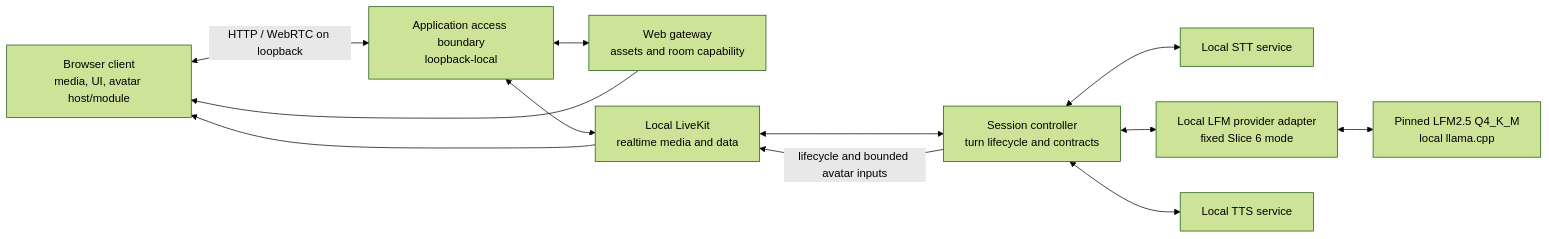
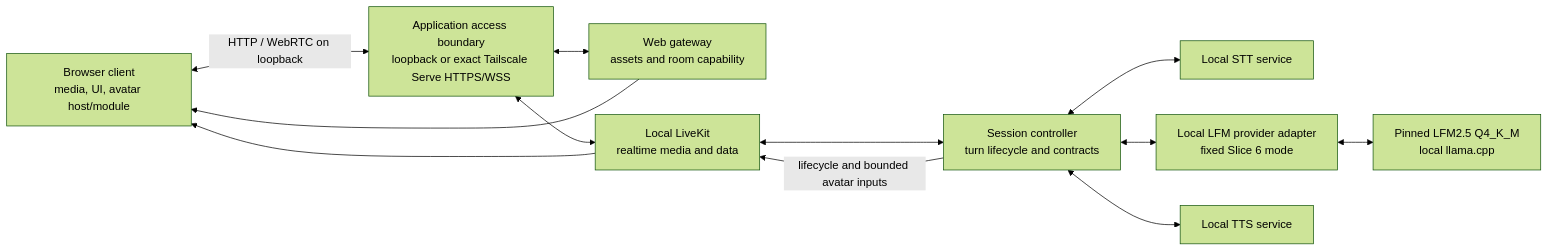
One commit to prineycom/voice-agent-v2 changed the diagram in docs/architecture.md. Above: the diagram before and after it, drawn with Mermaid (forest theme). The commit also changed other lines of this file and 22 other files, not shown here.

````diff
--- a/docs/architecture.md
+++ b/docs/architecture.md
@@ -62,24 +63,24 @@
 ```mermaid
 flowchart LR
     B["Browser client<br/>media, UI, avatar host/module"]
-    T["Application access boundary<br/>loopback-local"]
+    T["Application access boundary<br/>loopback or exact Tailscale Serve HTTPS/WSS"]
     G["Web gateway<br/>assets and room capability"]
     K["Local LiveKit<br/>realtime media and data"]
     C["Session controller<br/>turn lifecycle and contracts"]
     S["Local STT service"]
     P["Local LFM provider adapter<br/>fixed Slice 6 mode"]
     L["Pinned LFM2.5 Q4_K_M<br/>local llama.cpp"]
     V["Local TTS service"]
 
     B <-->|HTTP / WebRTC on loopback| T
     T <--> G
     T <--> K
     G --> B
     K <--> C
     C <--> S
     C <--> P
     P <--> L
     C <--> V
     C -->|lifecycle and bounded avatar inputs| K
     K --> B
 ```
````
